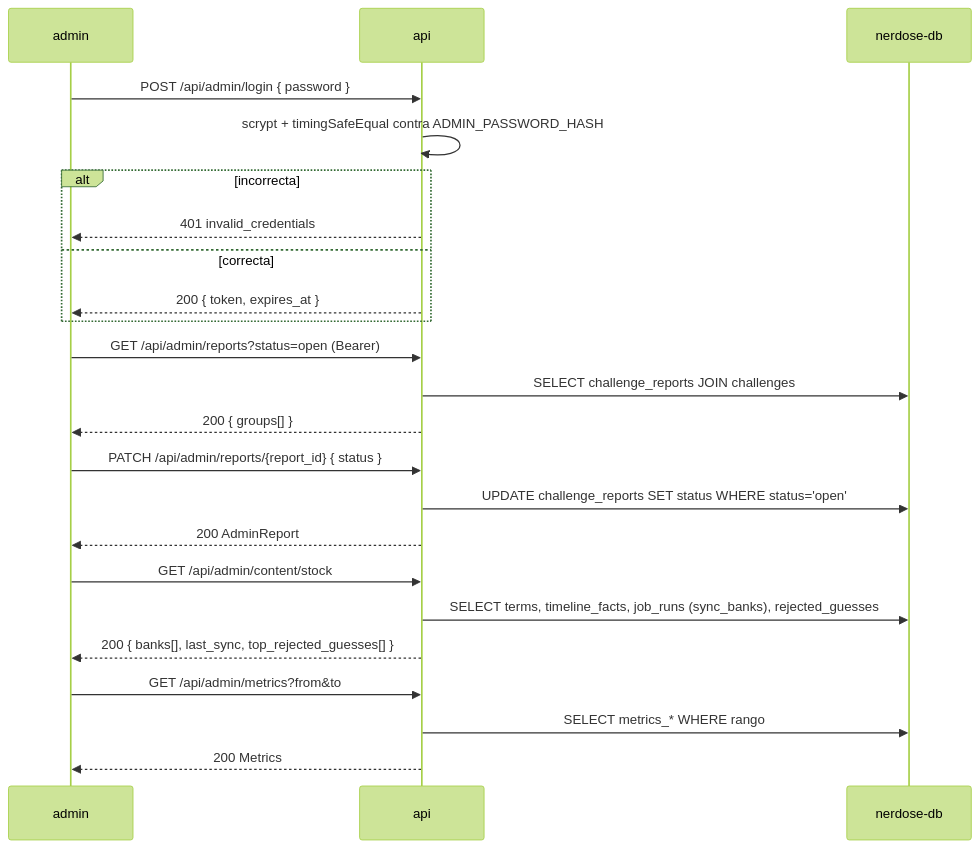
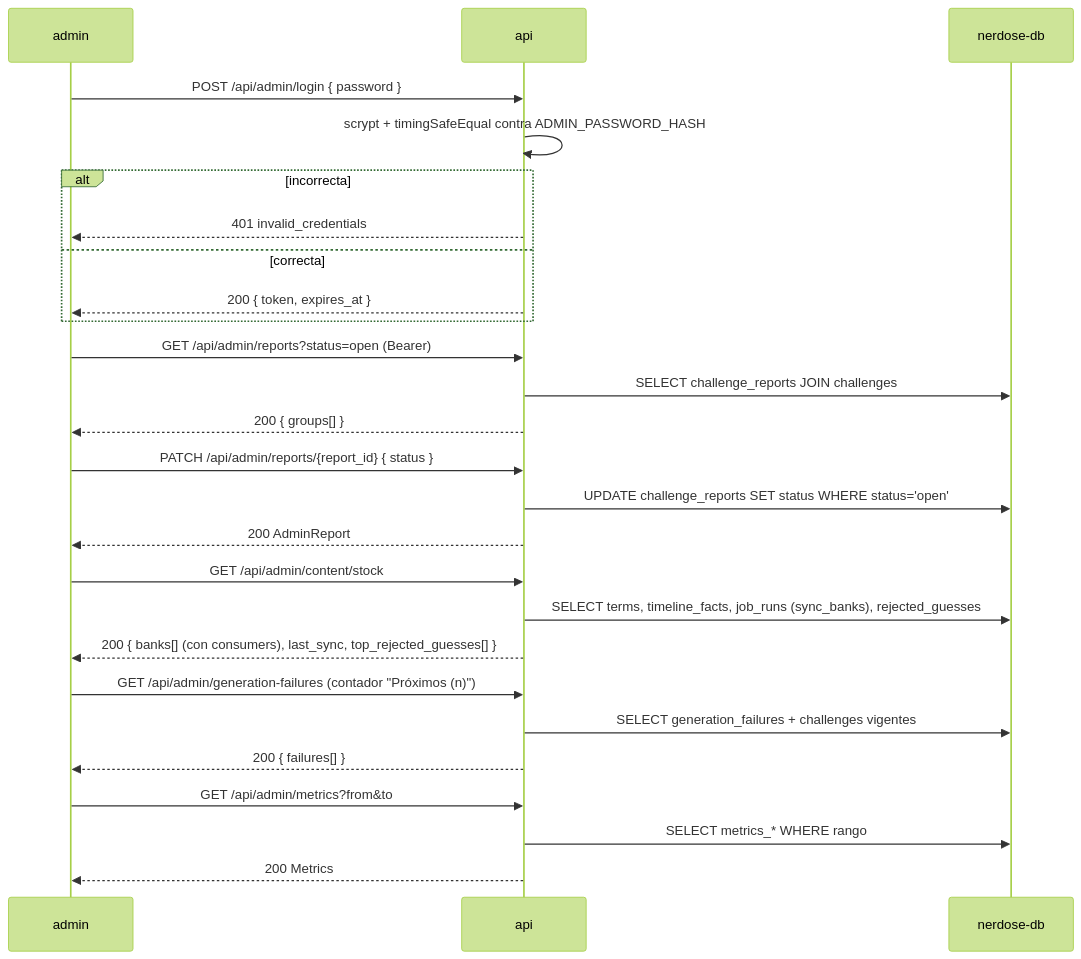
The diagram in docs/flows/admin-login-y-consultas.md (Bernacchialuca/nerdose), drawn with Mermaid (forest theme) before and after one commit. The commit also changed other lines of this file and 30 other files, not shown here.

Commit message:
docs(REQ-008): admin operación del contenido — diseño, UX, API, esquema y stories S-035 a S-040

````diff
--- a/docs/flows/admin-login-y-consultas.md
+++ b/docs/flows/admin-login-y-consultas.md
@@ -38,26 +38,29 @@
 ```mermaid
 sequenceDiagram
     participant AD as admin
     participant A as api
     participant DB as nerdose-db
 
     AD->>A: POST /api/admin/login { password }
     A->>A: scrypt + timingSafeEqual contra ADMIN_PASSWORD_HASH
     alt incorrecta
         A-->>AD: 401 invalid_credentials
     else correcta
         A-->>AD: 200 { token, expires_at }
     end
     AD->>A: GET /api/admin/reports?status=open (Bearer)
     A->>DB: SELECT challenge_reports JOIN challenges
     A-->>AD: 200 { groups[] }
     AD->>A: PATCH /api/admin/reports/{report_id} { status }
     A->>DB: UPDATE challenge_reports SET status WHERE status='open'
     A-->>AD: 200 AdminReport
     AD->>A: GET /api/admin/content/stock
     A->>DB: SELECT terms, timeline_facts, job_runs (sync_banks), rejected_guesses
-    A-->>AD: 200 { banks[], last_sync, top_rejected_guesses[] }
+    A-->>AD: 200 { banks[] (con consumers), last_sync, top_rejected_guesses[] }
+    AD->>A: GET /api/admin/generation-failures (contador "Próximos (n)")
+    A->>DB: SELECT generation_failures + challenges vigentes
+    A-->>AD: 200 { failures[] }
     AD->>A: GET /api/admin/metrics?from&to
     A->>DB: SELECT metrics_* WHERE rango
     A-->>AD: 200 Metrics
 ```
````
